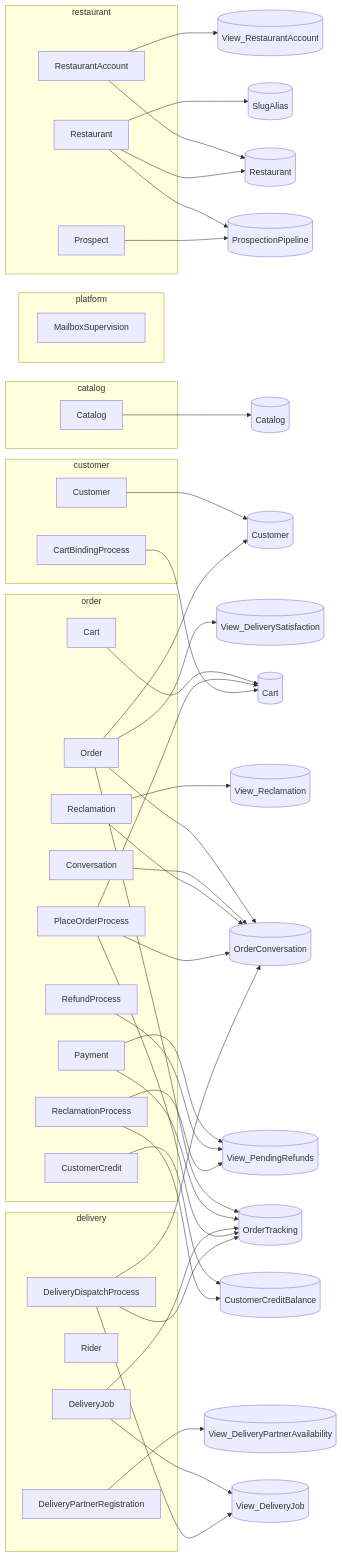
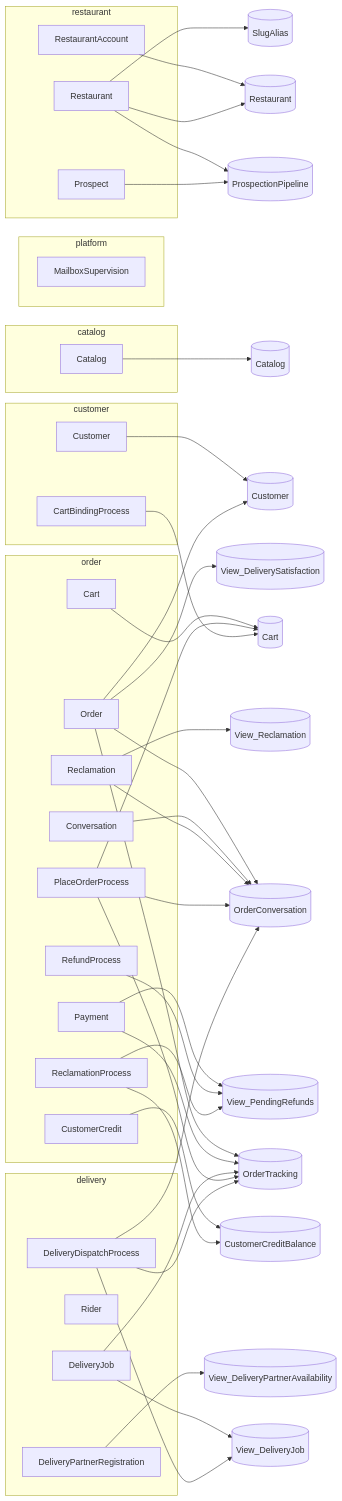
The second of 7 diagrams in specs/generated/c4.generated.md (TheCaptainCompany/captain-food), drawn with Mermaid before and after one commit. The commit also changed 11 other files, not shown here.

First line of the commit message:
Delete unread read models: View_RestaurantAccount and PhoneCountry

````diff
--- a/specs/generated/c4.generated.md
+++ b/specs/generated/c4.generated.md
@@ -64,82 +64,80 @@
 ```mermaid
 flowchart LR
   subgraph g_restaurant["restaurant"]
     a_RestaurantAccount["RestaurantAccount"]
     a_Restaurant["Restaurant"]
     a_Prospect["Prospect"]
   end
   subgraph g_catalog["catalog"]
     a_Catalog["Catalog"]
   end
   subgraph g_order["order"]
     a_Cart["Cart"]
     a_Order["Order"]
     a_Payment["Payment"]
     a_Conversation["Conversation"]
     a_Reclamation["Reclamation"]
     a_CustomerCredit["CustomerCredit"]
     a_PlaceOrderProcess["PlaceOrderProcess"]
     a_RefundProcess["RefundProcess"]
     a_ReclamationProcess["ReclamationProcess"]
   end
   subgraph g_platform["platform"]
     a_MailboxSupervision["MailboxSupervision"]
   end
   subgraph g_customer["customer"]
     a_Customer["Customer"]
     a_CartBindingProcess["CartBindingProcess"]
   end
   subgraph g_delivery["delivery"]
     a_DeliveryJob["DeliveryJob"]
     a_Rider["Rider"]
     a_DeliveryPartnerRegistration["DeliveryPartnerRegistration"]
     a_DeliveryDispatchProcess["DeliveryDispatchProcess"]
   end
-  v_View_RestaurantAccount[("View_RestaurantAccount")]
   v_Restaurant[("Restaurant")]
   v_ProspectionPipeline[("ProspectionPipeline")]
   v_SlugAlias[("SlugAlias")]
   v_View_DeliveryPartnerAvailability[("View_DeliveryPartnerAvailability")]
   v_Catalog[("Catalog")]
   v_Customer[("Customer")]
   v_Cart[("Cart")]
   v_OrderTracking[("OrderTracking")]
   v_OrderConversation[("OrderConversation")]
   v_View_DeliverySatisfaction[("View_DeliverySatisfaction")]
   v_View_PendingRefunds[("View_PendingRefunds")]
   v_View_DeliveryJob[("View_DeliveryJob")]
   v_View_Reclamation[("View_Reclamation")]
   v_CustomerCreditBalance[("CustomerCreditBalance")]
-  a_RestaurantAccount --> v_View_RestaurantAccount
   a_RestaurantAccount --> v_Restaurant
   a_Restaurant --> v_Restaurant
   a_Restaurant --> v_ProspectionPipeline
   a_Restaurant --> v_SlugAlias
   a_Prospect --> v_ProspectionPipeline
   a_DeliveryPartnerRegistration --> v_View_DeliveryPartnerAvailability
   a_Catalog --> v_Catalog
   a_Customer --> v_Customer
   a_Cart --> v_Cart
   a_Order --> v_OrderTracking
   a_Order --> v_OrderConversation
   a_Order --> v_Customer
   a_Order --> v_View_DeliverySatisfaction
   a_Payment --> v_OrderTracking
   a_Payment --> v_View_PendingRefunds
   a_DeliveryJob --> v_View_DeliveryJob
   a_DeliveryJob --> v_OrderTracking
   a_Conversation --> v_OrderConversation
   a_Reclamation --> v_View_Reclamation
   a_Reclamation --> v_OrderConversation
   a_CustomerCredit --> v_CustomerCreditBalance
   a_PlaceOrderProcess --> v_OrderTracking
   a_PlaceOrderProcess --> v_OrderConversation
   a_RefundProcess --> v_View_PendingRefunds
   a_PlaceOrderProcess --> v_Cart
   a_CartBindingProcess --> v_Cart
   a_DeliveryDispatchProcess --> v_View_DeliveryJob
   a_DeliveryDispatchProcess --> v_OrderTracking
   a_DeliveryDispatchProcess --> v_OrderConversation
   a_ReclamationProcess --> v_CustomerCreditBalance
   a_ReclamationProcess --> v_View_PendingRefunds
 ```
````
